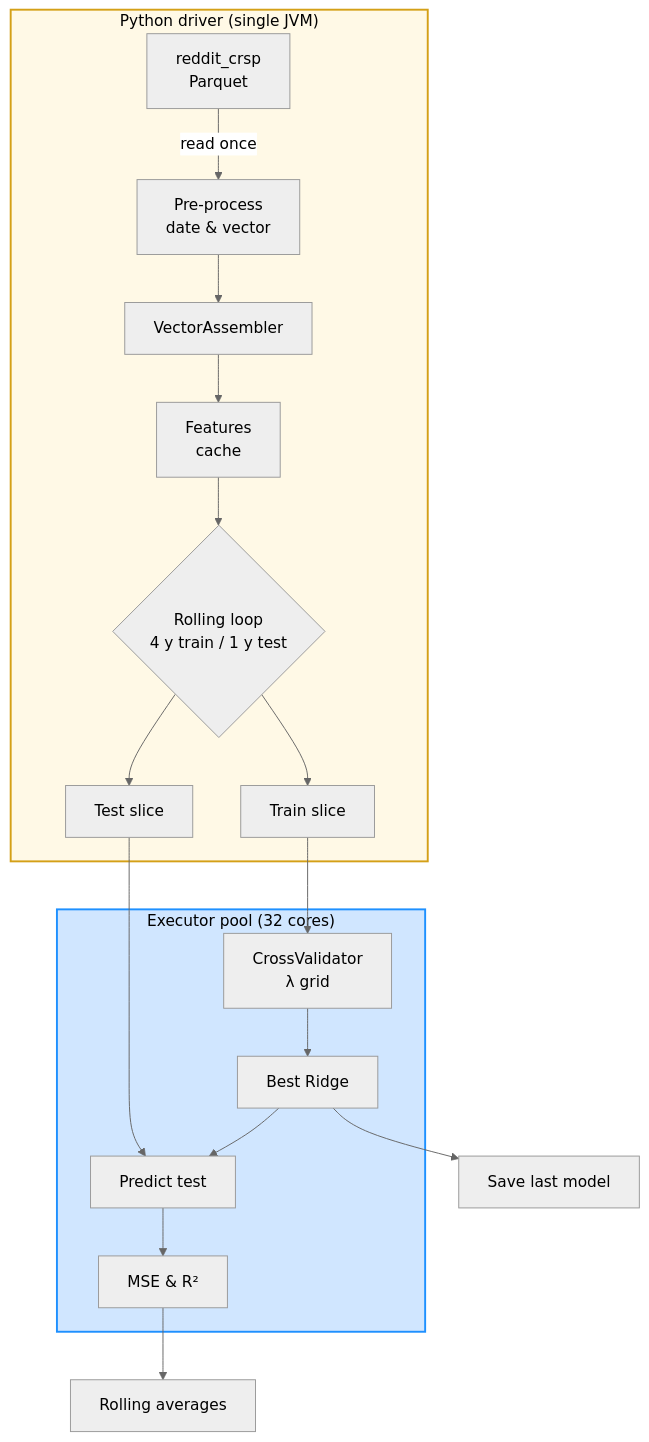
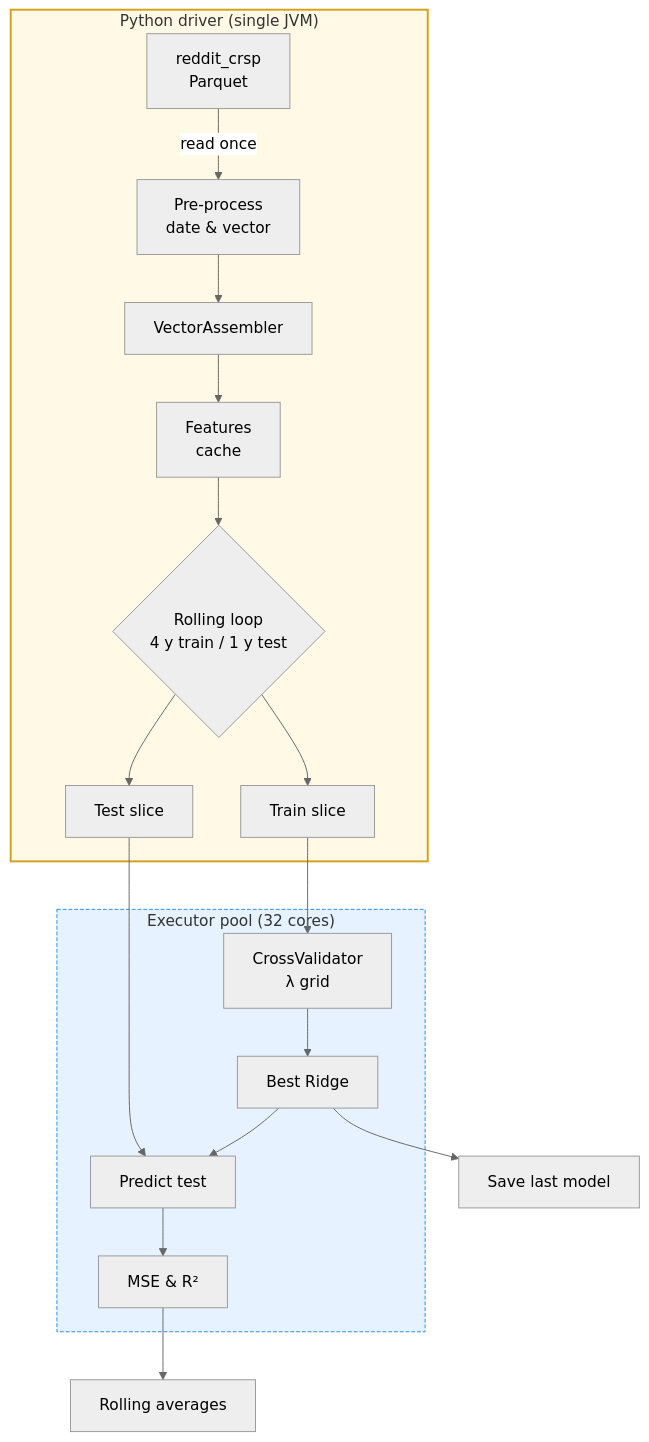
One commit to macs30123-s24/final-project-reddit-wsb-volatility-prediction changed the eighth of 8 diagrams in README.md. Above: the diagram before and after it, drawn with Mermaid (neutral theme). The commit also changed other lines of this file, not shown here.

````diff
--- a/README.md
+++ b/README.md
@@ -633,43 +617,43 @@
 ```mermaid
 flowchart TD
     %% ========= Driver scope =========
     subgraph DRIVER["Python driver (single JVM)"]
         SRC[reddit_crsp<br/>Parquet]
         PRE[Pre-process<br/>date & vector]
         ASM[VectorAssembler]
         FEAT[Features<br/>cache]
         SPLIT{Rolling loop<br/>4 y train / 1 y test}
         TRAIN[Train slice]
         TEST[Test slice]
 
         SRC -->|read once| PRE
         PRE --> ASM
         ASM --> FEAT
         FEAT --> SPLIT
         SPLIT --> TRAIN
         SPLIT --> TEST
     end
     class DRIVER drv
 
     %% ========= Executor pool =========
     subgraph EXEC["Executor pool (32 cores)"]
         CV[CrossValidator<br/>λ grid]
         BEST[Best Ridge]
         PRED[Predict test]
         MET[MSE & R²]
     end
     class EXEC exe
 
     %% ========= Cross-scope edges =========
     TRAIN --> CV
     CV --> BEST
     BEST --> PRED
     TEST --> PRED
     PRED --> MET
     MET --> AVG[Rolling averages]
     BEST --> SAVE[Save last model]
 
     %% ========= Styling =========
-    classDef drv fill:#fff9e6,stroke:#d4a017,stroke-width:2px,color:#000;
-    classDef exe fill:#d0e6ff,stroke:#1e90ff,stroke-width:2px,color:#000;
+    classDef drv fill:#fff9e6,stroke:#d4a017,stroke-width:2px;
+    classDef exe fill:#e6f2ff,stroke:#1e90ff,stroke-dasharray:4 2;
 ```
````
